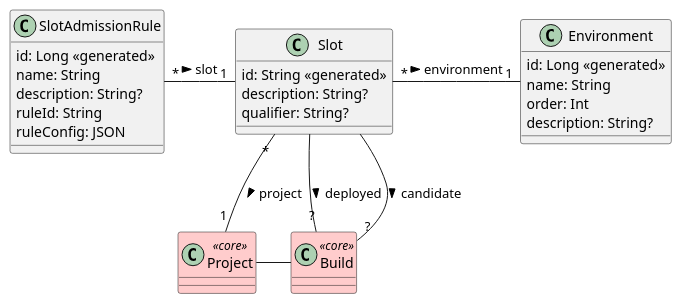
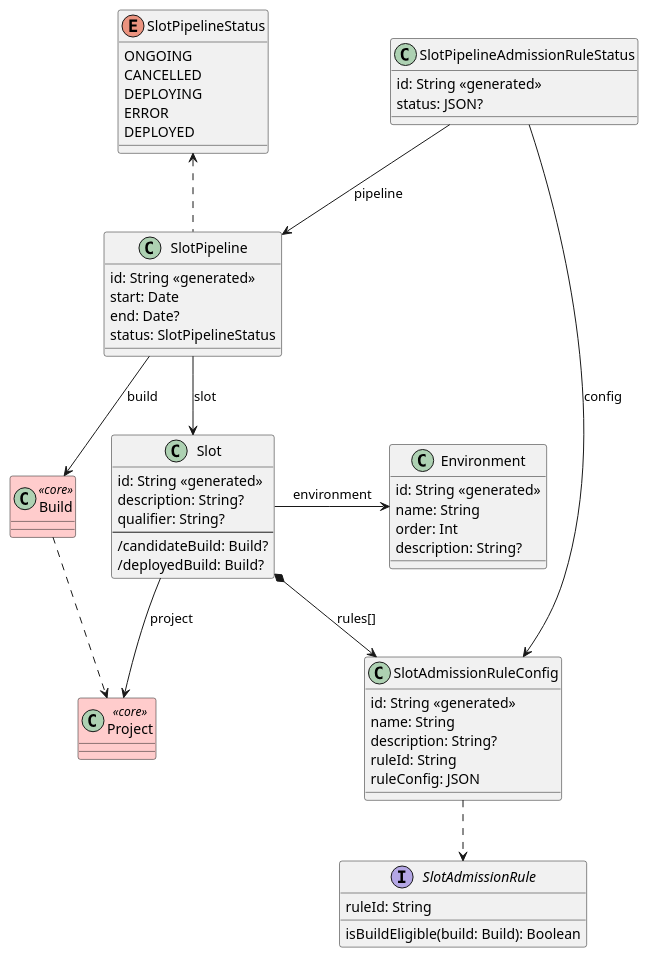
Before and after one commit to nemerosa/ontrack: the diagram in ontrack-extension-environments/docs/model.puml, drawn with PlantUML. The commit also changed 17 other files, not shown here.

```diff
--- a/ontrack-extension-environments/docs/model.puml
+++ b/ontrack-extension-environments/docs/model.puml
@@ -1,36 +1,71 @@
 @startuml
 
 class Environment {
-    id: Long <<generated>>
+    id: String <<generated>>
     name: String
     order: Int
     description: String?
 }
 
 class Slot {
     id: String <<generated>>
     description: String?
     qualifier: String?
+    ---
+    /candidateBuild: Build?
+    /deployedBuild: Build?
 }
 
-class SlotAdmissionRule {
-    id: Long <<generated>>
+class Project <<core>> #FCC
+class Build <<core>> #FCC
+
+Slot -> Environment: environment
+Slot -down-> Project: project
+
+Project <.up. Build
+
+class SlotAdmissionRuleConfig {
+    id: String <<generated>>
     name: String
     description: String?
     ruleId: String
     ruleConfig: JSON
 }
 
-class Project <<core>> #FCC
-class Build <<core>> #FCC
+interface SlotAdmissionRule {
+    ruleId: String
+    isBuildEligible(build: Build): Boolean
+}
 
-Slot "*" - "1" Environment: environment >
-Slot "*" -down- "1" Project: project >
-Slot - "?" Build: deployed >
-Slot - "?" Build: candidate >
+class SlotPipeline {
+    id: String <<generated>>
+    start: Date
+    end: Date?
+    status: SlotPipelineStatus
+}
 
-SlotAdmissionRule "*" - "1" Slot: slot >
+enum SlotPipelineStatus {
+    ONGOING
+    CANCELLED
+    DEPLOYING
+    ERROR
+    DEPLOYED
+}
 
-Project - Build
+SlotPipeline --> Build: build
+SlotPipeline --> Slot: slot
+SlotPipeline .up.> SlotPipelineStatus
+
+class SlotPipelineAdmissionRuleStatus {
+    id: String <<generated>>
+    status: JSON?
+}
+
+SlotPipelineAdmissionRuleStatus --> SlotPipeline: pipeline
+SlotPipelineAdmissionRuleStatus --> SlotAdmissionRuleConfig: config
+
+Slot *--> SlotAdmissionRuleConfig: rules[]
+
+SlotAdmissionRuleConfig ..> SlotAdmissionRule
 
 @enduml
```
